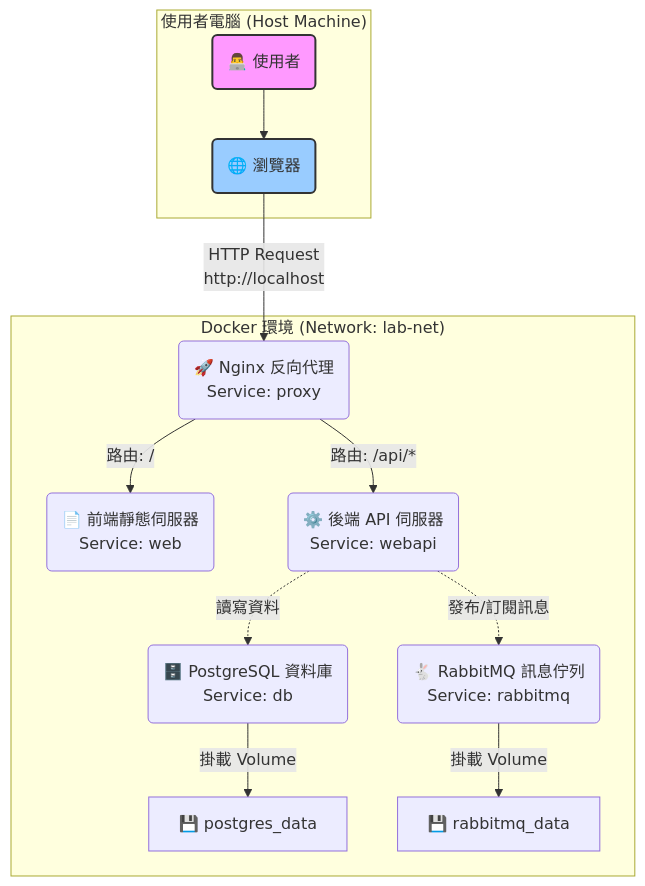
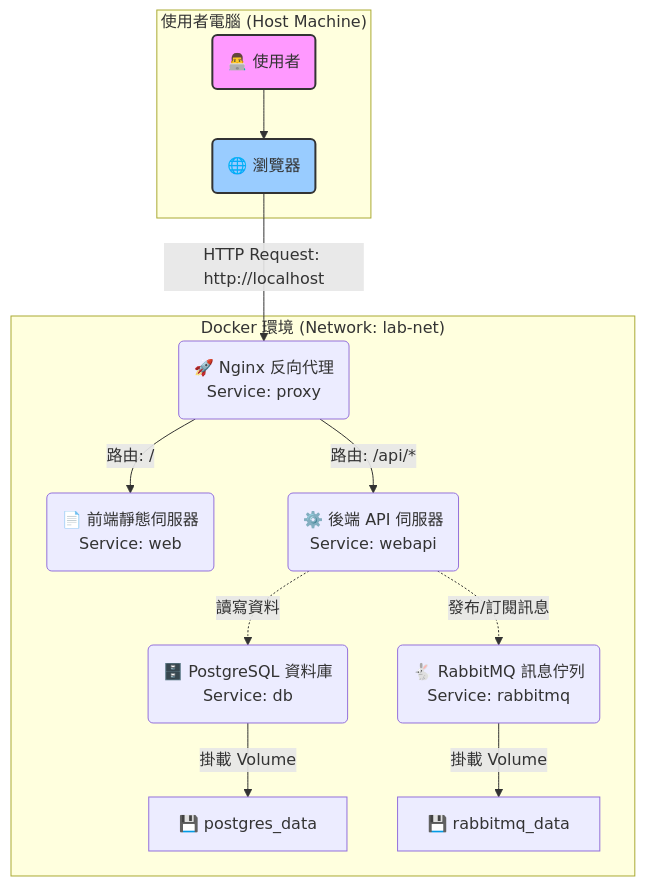
Before and after one commit to nelson1chen/Docker-LAB: the diagram in README.md, drawn with Mermaid.

Commit message:
修改readme

````diff
--- a/README.md
+++ b/README.md
@@ -39,22 +39,22 @@
 ```mermaid
  graph TD
     subgraph "使用者電腦 (Host Machine)"
         User("👨‍💻 使用者") --> Browser("🌐 瀏覽器")
     end
 
     subgraph "Docker 環境 (Network: lab-net)"
-        Browser -- "HTTP Request<br>http://localhost" --> Proxy("🚀 Nginx 反向代理<br>Service: proxy")
+    Browser -- "HTTP Request: http://localhost" --> Proxy("🚀 Nginx 反向代理<br>Service: proxy")
 
         Proxy -- "路由: /" --> Web("📄 前端靜態伺服器<br>Service: web")
         Proxy -- "路由: /api/*" --> WebAPI("⚙️ 後端 API 伺服器<br>Service: webapi")
 
         WebAPI -. "讀寫資料" .-> DB("🗄️ PostgreSQL 資料庫<br>Service: db")
         WebAPI -. "發布/訂閱訊息" .-> RabbitMQ("🐇 RabbitMQ 訊息佇列<br>Service: rabbitmq")
 
         DB -- "掛載 Volume" --> VolDB["💾 postgres_data"]
         RabbitMQ -- "掛載 Volume" --> VolMQ["💾 rabbitmq_data"]
     end
 
     style User fill:#f9f,stroke:#333,stroke-width:2px
     style Browser fill:#9cf,stroke:#333,stroke-width:2px
 ```
````
